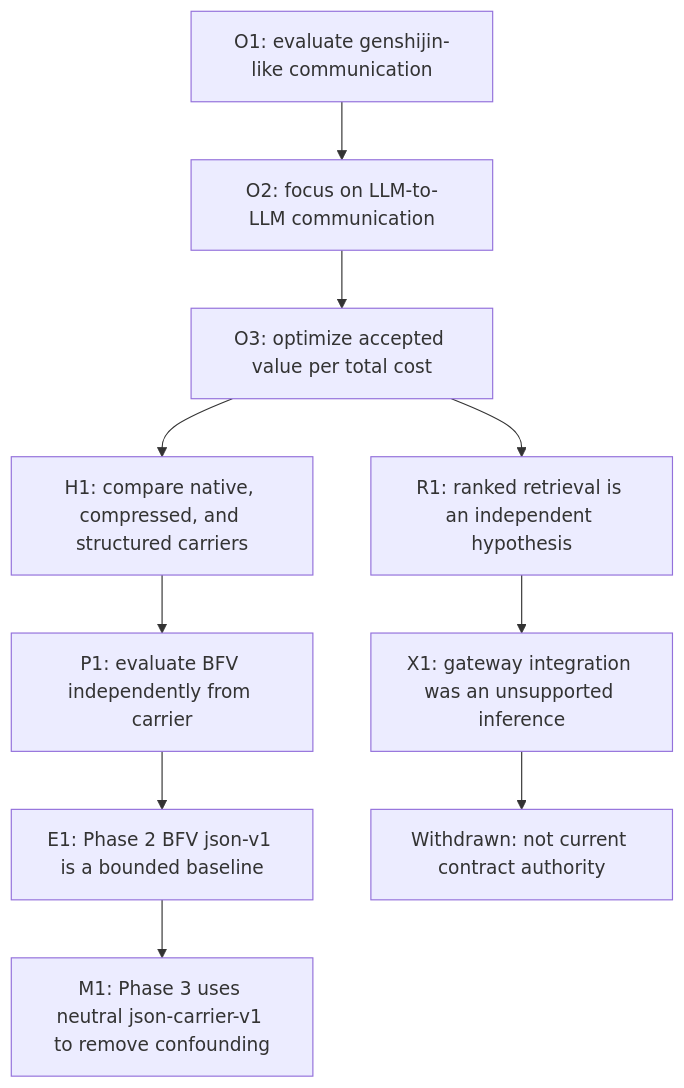
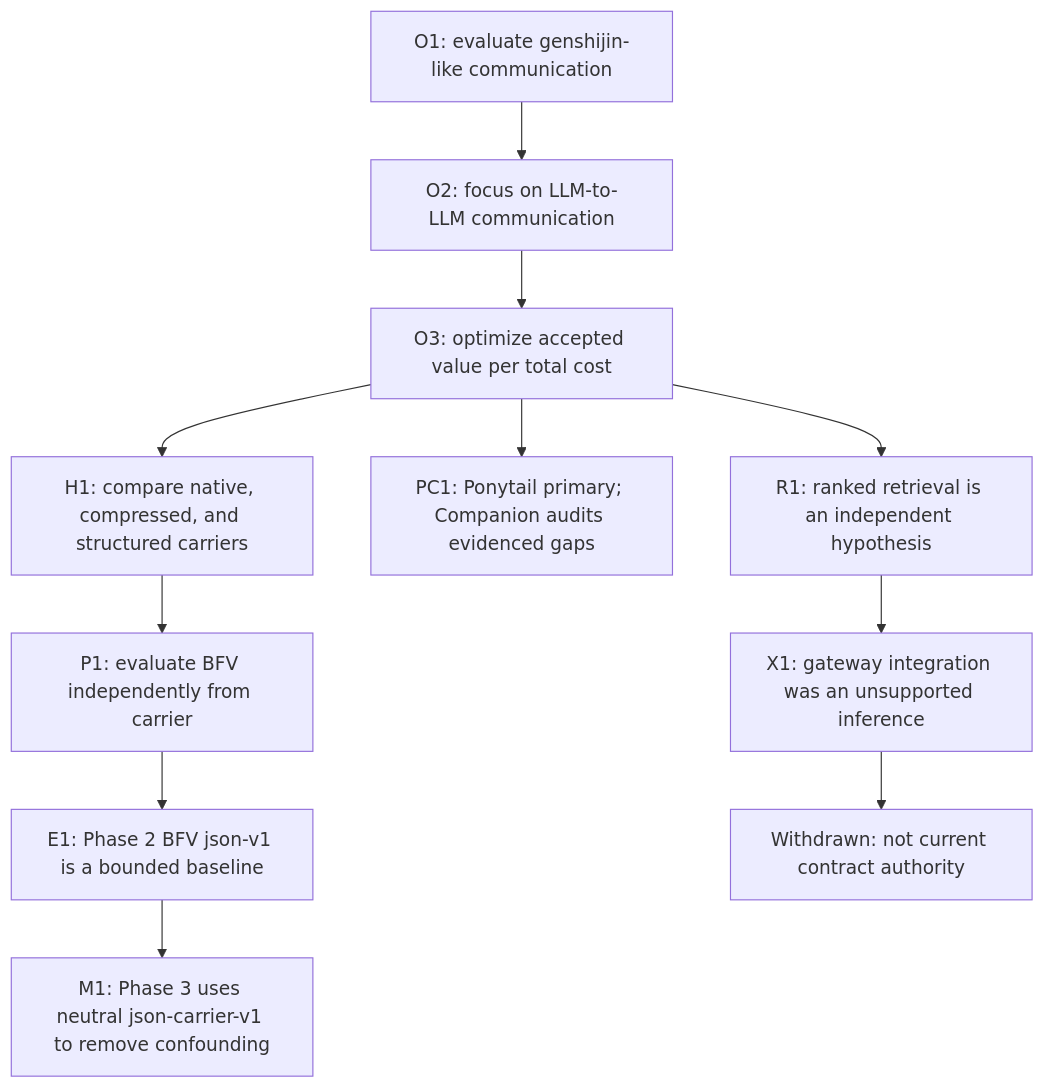
One commit to TakumiOkayasu/neologistic changed the diagram in DECISION_LINEAGE.md. Above: the diagram before and after it, drawn with Mermaid. The commit also changed other lines of this file and 1 other file, not shown here.

Commit message:
Document Ponytail companion pivot

````diff
--- a/DECISION_LINEAGE.md
+++ b/DECISION_LINEAGE.md
@@ -7,12 +7,13 @@
 ```mermaid
 flowchart TD
     O1[O1: evaluate genshijin-like communication] --> O2[O2: focus on LLM-to-LLM communication]
     O2 --> O3[O3: optimize accepted value per total cost]
     O3 --> H1[H1: compare native, compressed, and structured carriers]
+    O3 --> PC1[PC1: Ponytail primary; Companion audits evidenced gaps]
     H1 --> P1[P1: evaluate BFV independently from carrier]
     P1 --> E1[E1: Phase 2 BFV json-v1 is a bounded baseline]
     E1 --> M1[M1: Phase 3 uses neutral json-carrier-v1 to remove confounding]
     O3 --> R1[R1: ranked retrieval is an independent hypothesis]
     R1 --> X1[X1: gateway integration was an unsupported inference]
     X1 --> W[Withdrawn: not current contract authority]
 ```
````
